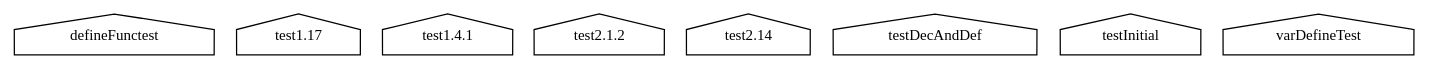
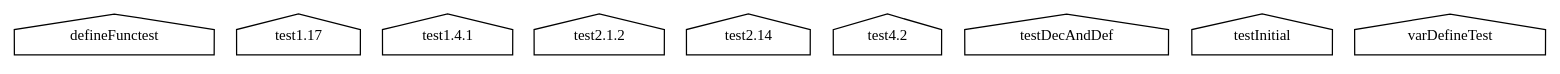
Before and after one commit to kuntung/CPPPrimer: the diagram in build/debug/dep.dot, drawn with Graphviz. The commit also changed 38 other files, not shown here.

```diff
--- a/build/debug/dep.dot
+++ b/build/debug/dep.dot
@@ -1,13 +1,14 @@
 digraph GG {
 node [
   fontsize = "12"
 ];
     "node0" [ label="defineFunctest" shape="house"];
     "node1" [ label="test1.17" shape="house"];
     "node2" [ label="test1.4.1" shape="house"];
     "node3" [ label="test2.1.2" shape="house"];
     "node4" [ label="test2.14" shape="house"];
-    "node5" [ label="testDecAndDef" shape="house"];
-    "node6" [ label="testInitial" shape="house"];
-    "node7" [ label="varDefineTest" shape="house"];
+    "node5" [ label="test4.2" shape="house"];
+    "node6" [ label="testDecAndDef" shape="house"];
+    "node7" [ label="testInitial" shape="house"];
+    "node8" [ label="varDefineTest" shape="house"];
 }
```
